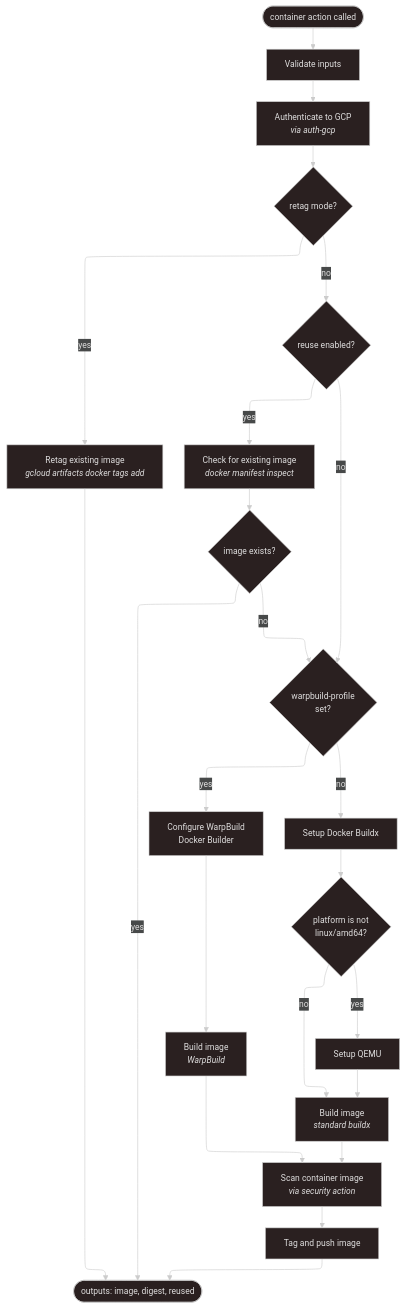
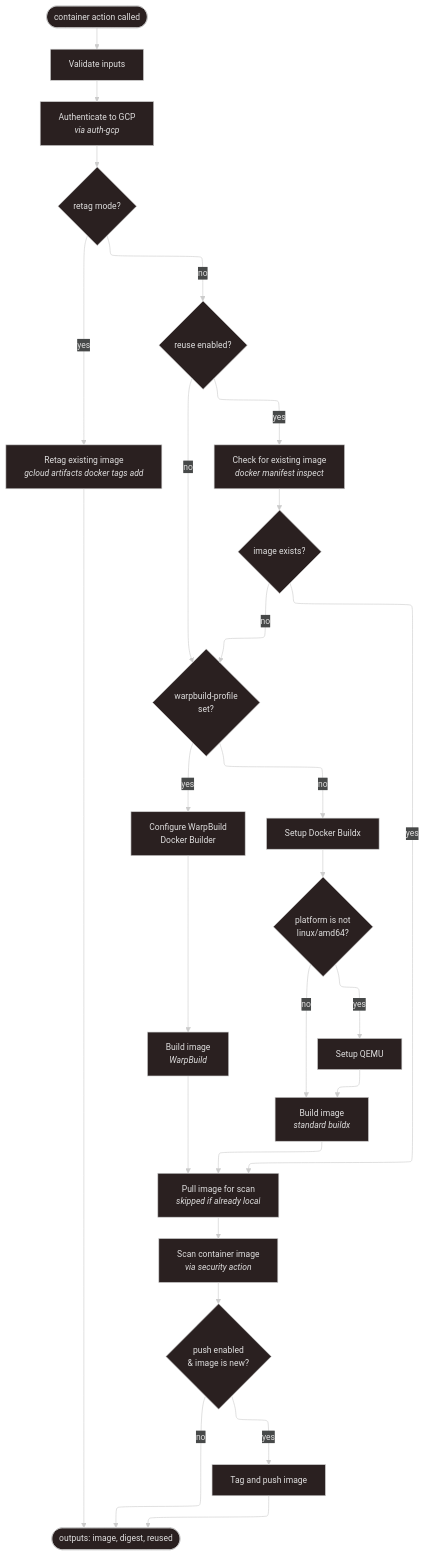
Before and after one commit to credova/platform-workflows: the sixth of 8 diagrams in docs/usage.md, drawn with Mermaid. The commit also changed other lines of this file and 5 other files, not shown here.

````diff
--- a/docs/usage.md
+++ b/docs/usage.md
@@ -1090,50 +1090,56 @@
 ```mermaid
 ---
 config:
   layout: elk
   theme: neo-dark
 ---
 flowchart TD
     IN(["container action called"])
 
     VAL["Validate inputs"]
     GCP["Authenticate to GCP\n<i>via auth-gcp</i>"]
 
     RETAG_CHECK{"retag mode?"}
     RETAG["Retag existing image\n<i>gcloud artifacts docker tags add</i>"]
 
     REUSE_CHECK{"reuse enabled?"}
     REUSE["Check for existing image\n<i>docker manifest inspect</i>"]
     EXISTS{"image exists?"}
 
+    PULL["Pull image for scan\n<i>skipped if already local</i>"]
+
     WARP_CHECK{"warpbuild-profile\nset?"}
     WARP_SETUP["Configure WarpBuild\nDocker Builder"]
     WARP_BUILD["Build image\n<i>WarpBuild</i>"]
 
     BUILDX["Setup Docker Buildx"]
     QEMU{"platform is not\nlinux/amd64?"}
     QEMU_SETUP["Setup QEMU"]
     STD_BUILD["Build image\n<i>standard buildx</i>"]
 
     SCAN["Scan container image\n<i>via security action</i>"]
+    PUSH_CHECK{"push enabled\n& image is new?"}
     PUSH["Tag and push image"]
 
     OUT(["outputs: image, digest, reused"])
 
     IN --> VAL --> GCP --> RETAG_CHECK
 
     RETAG_CHECK -->|yes| RETAG --> OUT
     RETAG_CHECK -->|no| REUSE_CHECK
 
     REUSE_CHECK -->|yes| REUSE --> EXISTS
     REUSE_CHECK -->|no| WARP_CHECK
-    EXISTS -->|yes| OUT
+    EXISTS -->|yes| PULL
     EXISTS -->|no| WARP_CHECK
 
-    WARP_CHECK -->|yes| WARP_SETUP --> WARP_BUILD --> SCAN
+    WARP_CHECK -->|yes| WARP_SETUP --> WARP_BUILD --> PULL
     WARP_CHECK -->|no| BUILDX --> QEMU
-    QEMU -->|yes| QEMU_SETUP --> STD_BUILD --> SCAN
+    QEMU -->|yes| QEMU_SETUP --> STD_BUILD
     QEMU -->|no| STD_BUILD
 
-    SCAN --> PUSH --> OUT
+    STD_BUILD --> PULL --> SCAN --> PUSH_CHECK
+
+    PUSH_CHECK -->|yes| PUSH --> OUT
+    PUSH_CHECK -->|no| OUT
 ```
````
